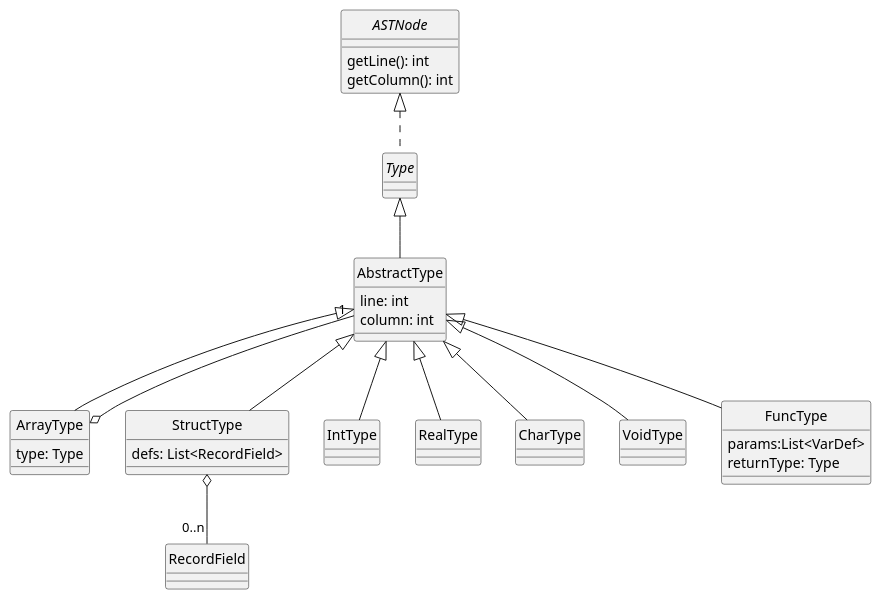
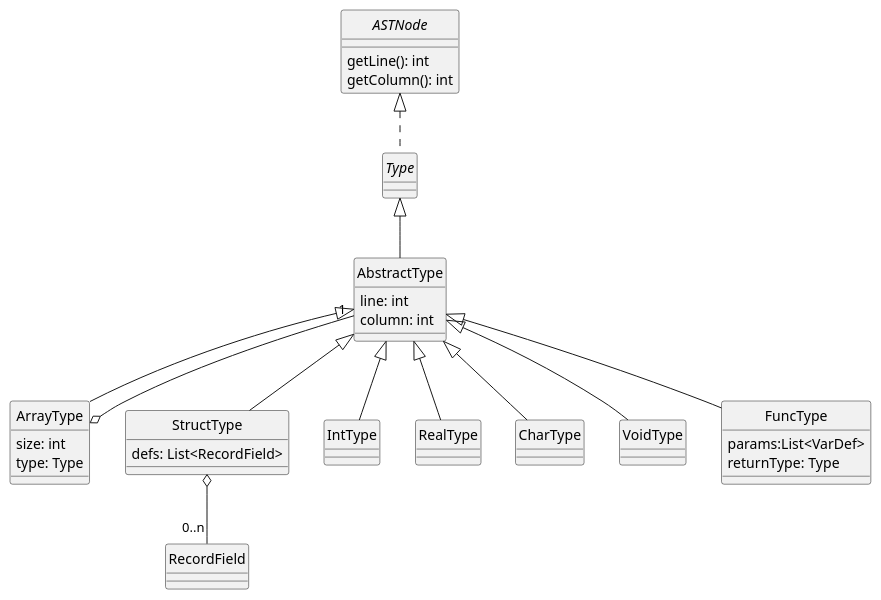
Before and after one commit to uo277516/dlp-compiler: the diagram in docs/diagrams/types.plantuml, drawn with PlantUML. The commit also changed 13 other files, not shown here.

```diff
--- a/docs/diagrams/types.plantuml
+++ b/docs/diagrams/types.plantuml
@@ -1,50 +1,51 @@
 @startuml Types
 skinparam style strictuml
 skinparam monochrome true
 
 interface ASTNode {
     getLine(): int
     getColumn(): int
 }
 
 interface Type
 
 class AbstractType {
     line: int
     column: int
 }
 
 ASTNode <|.. Type
 
 ArrayType o-- "1" AbstractType
 StructType o-- "0..n" RecordField
 
 class ArrayType {
+size: int
     type: Type
 }
 class StructType {
     defs: List<RecordField>
 }
 
 class IntType
 class RealType
 class CharType
 class VoidType
 class FuncType {
     params:List<VarDef>
     returnType: Type
 }
 
 Type <|-- AbstractType
 
 AbstractType <|-- ArrayType
 AbstractType <|-- StructType
 AbstractType <|-- FuncType
 
 AbstractType <|-- IntType
 AbstractType <|-- RealType
 AbstractType <|-- CharType
 AbstractType <|-- VoidType
 
 
 @enduml
```
